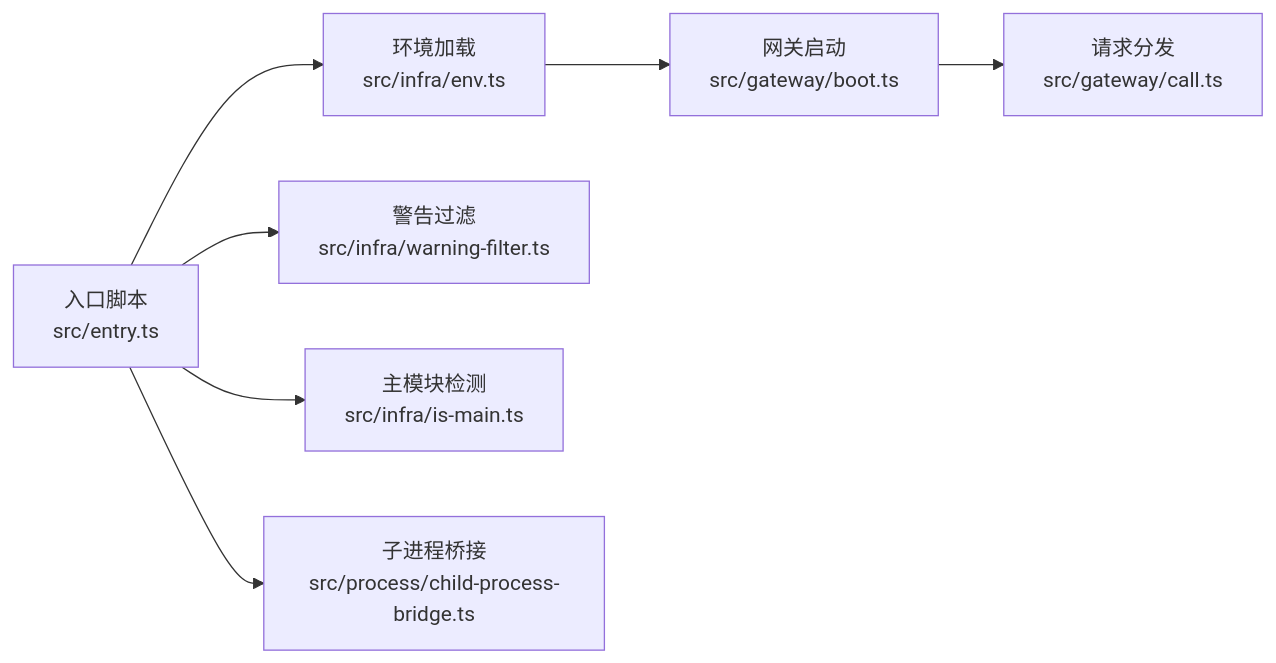
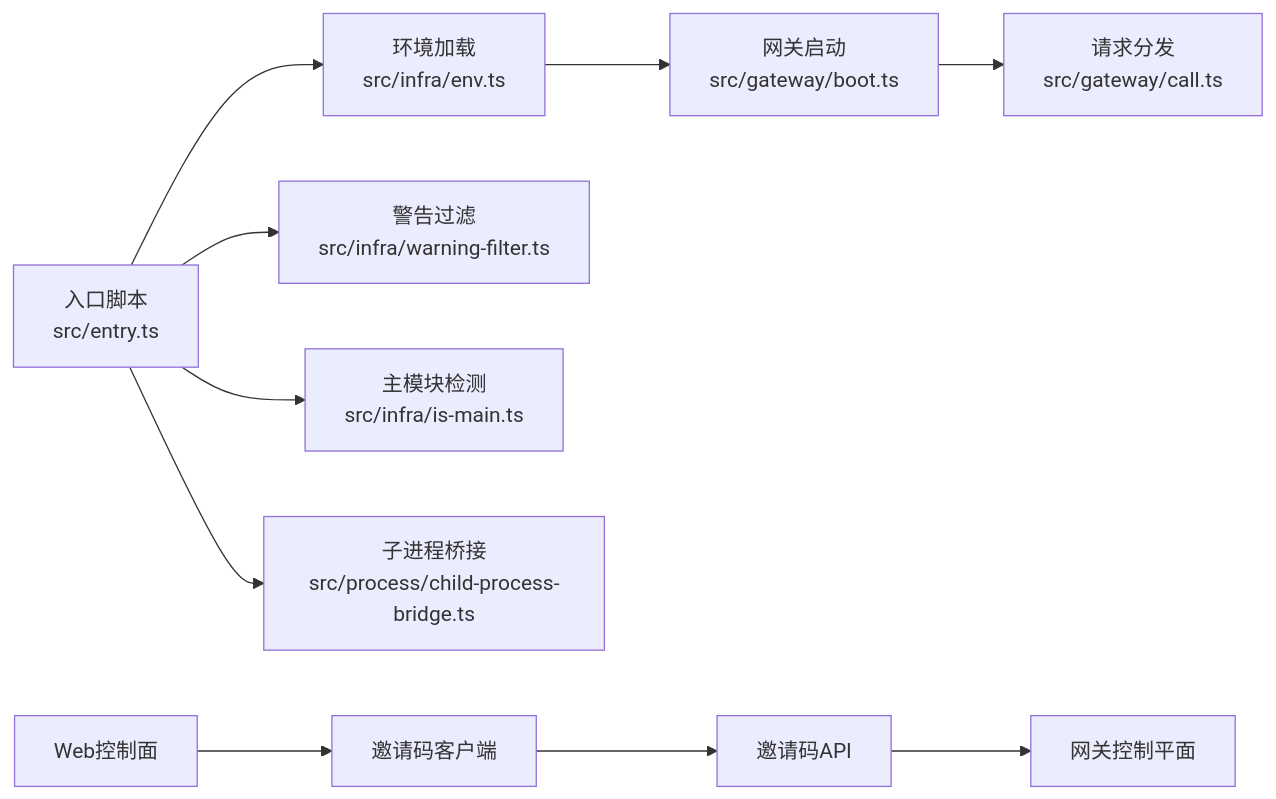
Before and after one commit to verse-ai-org/openclaw: the tenth of 10 diagrams in .qoder/repowiki/zh/content/项目概述/技术架构概览/技术架构概览.md, drawn with Mermaid. The commit also changed other lines of this file and 27 other files, not shown here.

````diff
--- a/.qoder/repowiki/zh/content/项目概述/技术架构概览/技术架构概览.md
+++ b/.qoder/repowiki/zh/content/项目概述/技术架构概览/技术架构概览.md
@@ -388,9 +477,12 @@
 ```mermaid
 graph LR
 Entry["入口脚本<br/>src/entry.ts"] --> Env["环境加载<br/>src/infra/env.ts"]
 Entry --> Warn["警告过滤<br/>src/infra/warning-filter.ts"]
 Entry --> IsMain["主模块检测<br/>src/infra/is-main.ts"]
 Entry --> ChildProc["子进程桥接<br/>src/process/child-process-bridge.ts"]
 Env --> Boot["网关启动<br/>src/gateway/boot.ts"]
 Boot --> Call["请求分发<br/>src/gateway/call.ts"]
+UI["Web控制面"] --> InviteCodeClient["邀请码客户端"]
+InviteCodeClient --> API["邀请码API"]
+API --> Gateway["网关控制平面"]
 ```
````
